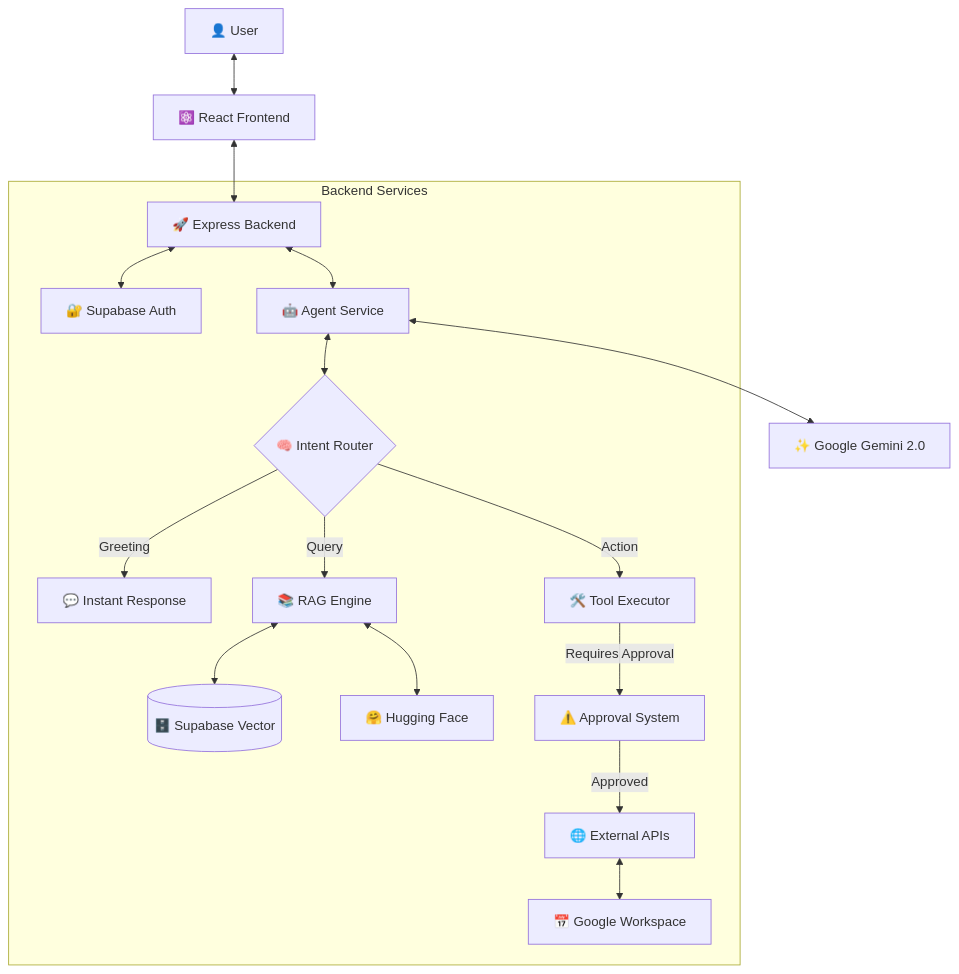
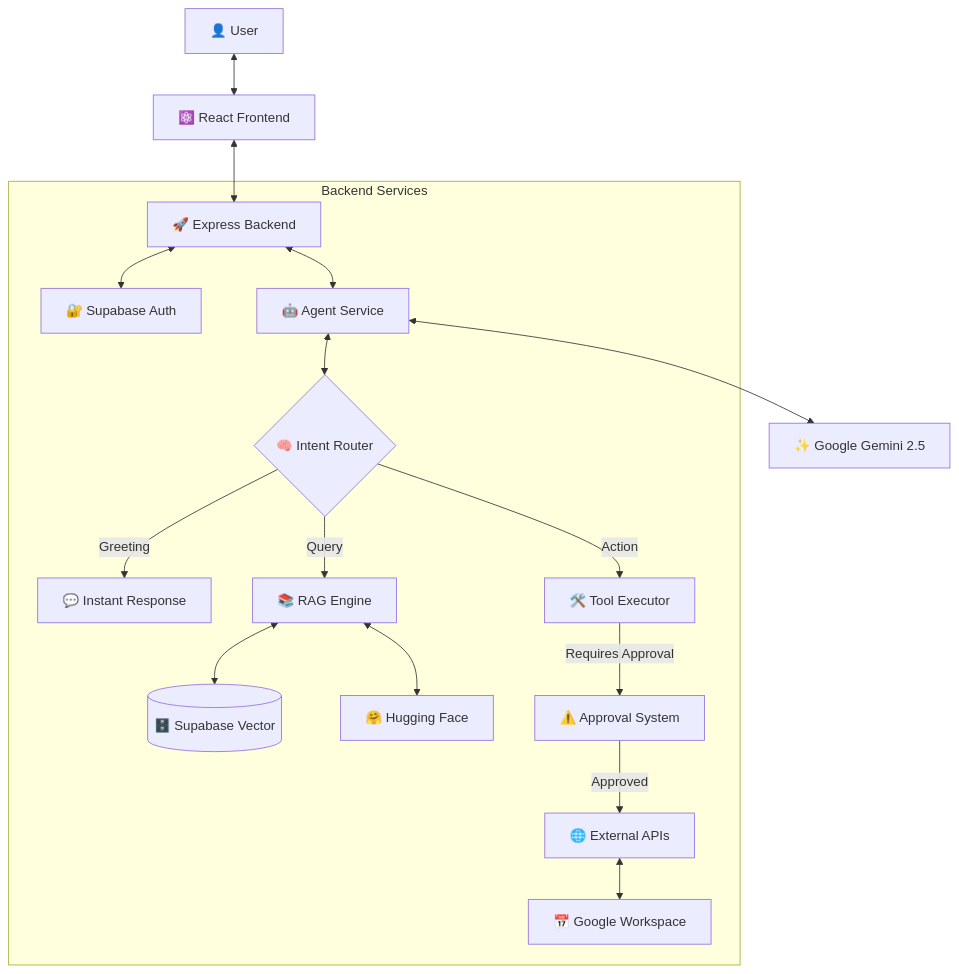
The diagram in README.md (Marwan-Zenhom/On-boarding-Ai-chatbot), drawn with Mermaid before and after one commit. The commit also changed other lines of this file and 5 other files, not shown here.

````diff
--- a/README.md
+++ b/README.md
@@ -52,26 +62,26 @@
 ```mermaid
 graph TD
     User[👤 User] <--> Frontend[⚛️ React Frontend]
     Frontend <--> API[🚀 Express Backend]
     
     subgraph "Backend Services"
         API <--> Auth[🔐 Supabase Auth]
         API <--> Agent[🤖 Agent Service]
         
         Agent <--> Router{🧠 Intent Router}
         
         Router -- "Greeting" --> Direct[💬 Instant Response]
         Router -- "Query" --> RAG[📚 RAG Engine]
         Router -- "Action" --> Tools[🛠️ Tool Executor]
         
         RAG <--> VectorDB[(🗄️ Supabase Vector)]
         RAG <--> Embed[🤗 Hugging Face]
         
         Tools -- "Requires Approval" --> Approval[⚠️ Approval System]
         Approval -- "Approved" --> External[🌐 External APIs]
         
         External <--> Google[📅 Google Workspace]
     end
     
-    Agent <--> Gemini[✨ Google Gemini 2.0]
+    Agent <--> Gemini[✨ Google Gemini 2.5]
 ```
````
